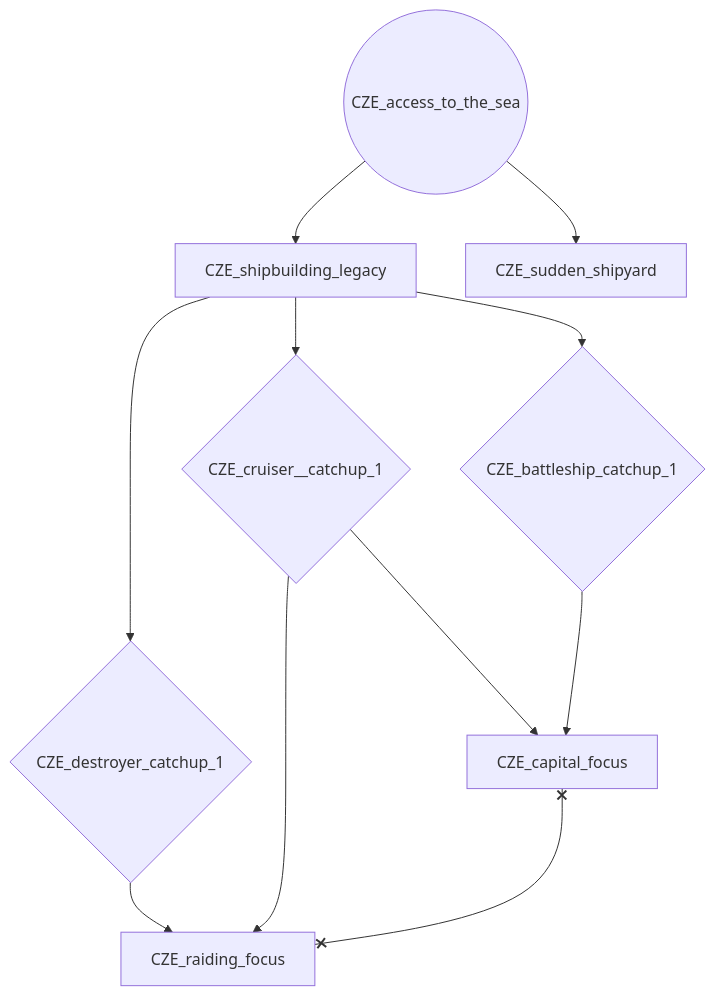
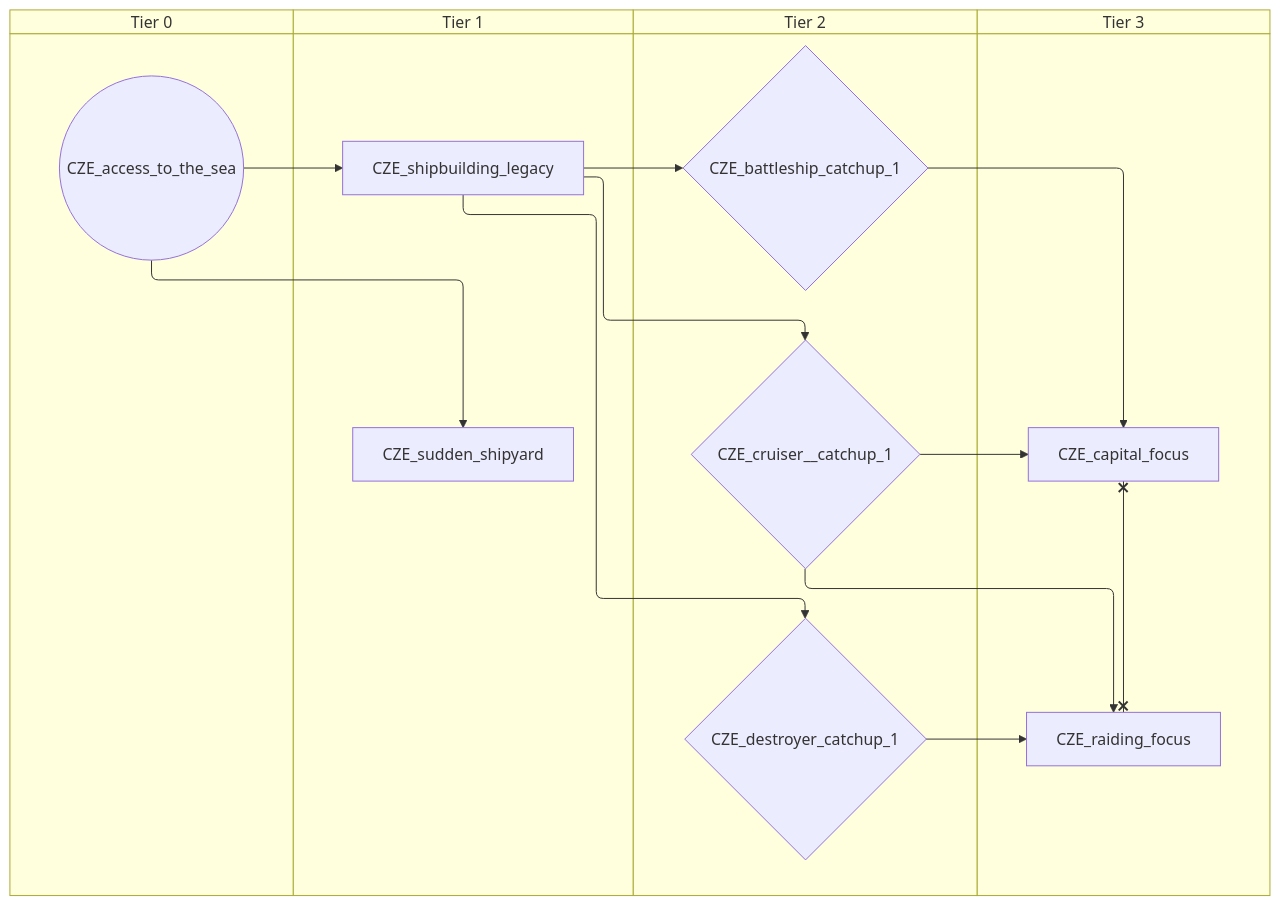
One commit to evgeny-sobol/hoi4-sandbox-mode-r56 changed the first of 8 diagrams in docs/gdd/National Focuses/r56/czechoslovakia.md. Above: the diagram before and after it, drawn with Mermaid. The commit also changed other lines of this file and 423 other files, not shown here.

First line of the commit message:
Re-export Rt56 focus trees as swimlane diagrams

````diff
--- a/docs/gdd/National Focuses/r56/czechoslovakia.md
+++ b/docs/gdd/National Focuses/r56/czechoslovakia.md
@@ -3,21 +3,29 @@
 ```mermaid
-flowchart TD
-    n1(("CZE_access_to_the_sea"))
-    n2{"CZE_battleship_catchup_1"}
-    n3["CZE_capital_focus"]
-    n4{"CZE_cruiser__catchup_1"}
-    n5{"CZE_destroyer_catchup_1"}
-    n6["CZE_raiding_focus"]
-    n7["CZE_shipbuilding_legacy"]
-    n8["CZE_sudden_shipyard"]
-    n7 --> n2
-    n4 --> n3
-    n2 --> n3
-    n7 --> n4
-    n7 --> n5
-    n5 --> n6
-    n4 --> n6
-    n1 --> n7
-    n1 --> n8
-    n3 x--x n6
+swimlane-beta TD
+    subgraph tier_0["Tier 0"]
+        n1(("CZE_access_to_the_sea"))
+    end
+    subgraph tier_1["Tier 1"]
+        n2["CZE_shipbuilding_legacy"]
+        n3["CZE_sudden_shipyard"]
+    end
+    subgraph tier_2["Tier 2"]
+        n4{"CZE_battleship_catchup_1"}
+        n5{"CZE_cruiser__catchup_1"}
+        n6{"CZE_destroyer_catchup_1"}
+    end
+    subgraph tier_3["Tier 3"]
+        n7["CZE_capital_focus"]
+        n8["CZE_raiding_focus"]
+    end
+    n2 --> n4
+    n5 --> n7
+    n4 --> n7
+    n2 --> n5
+    n2 --> n6
+    n6 --> n8
+    n5 --> n8
+    n1 --> n2
+    n1 --> n3
+    n7 x--x n8
 ```
````
